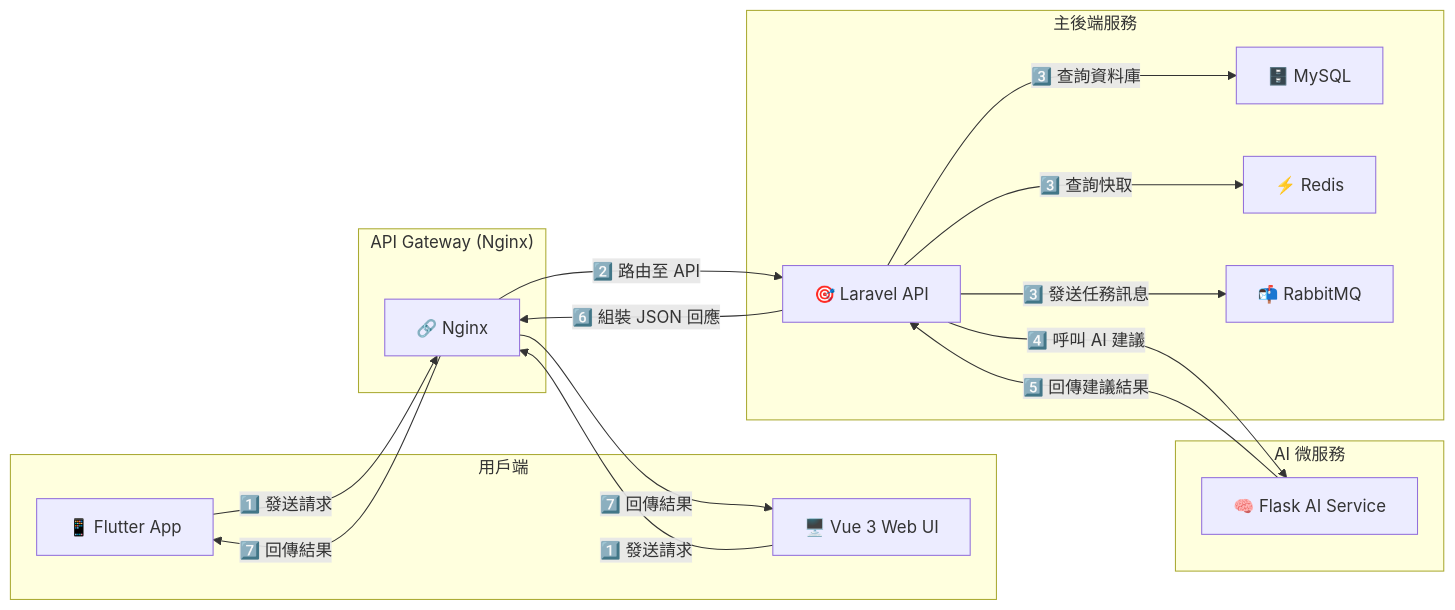
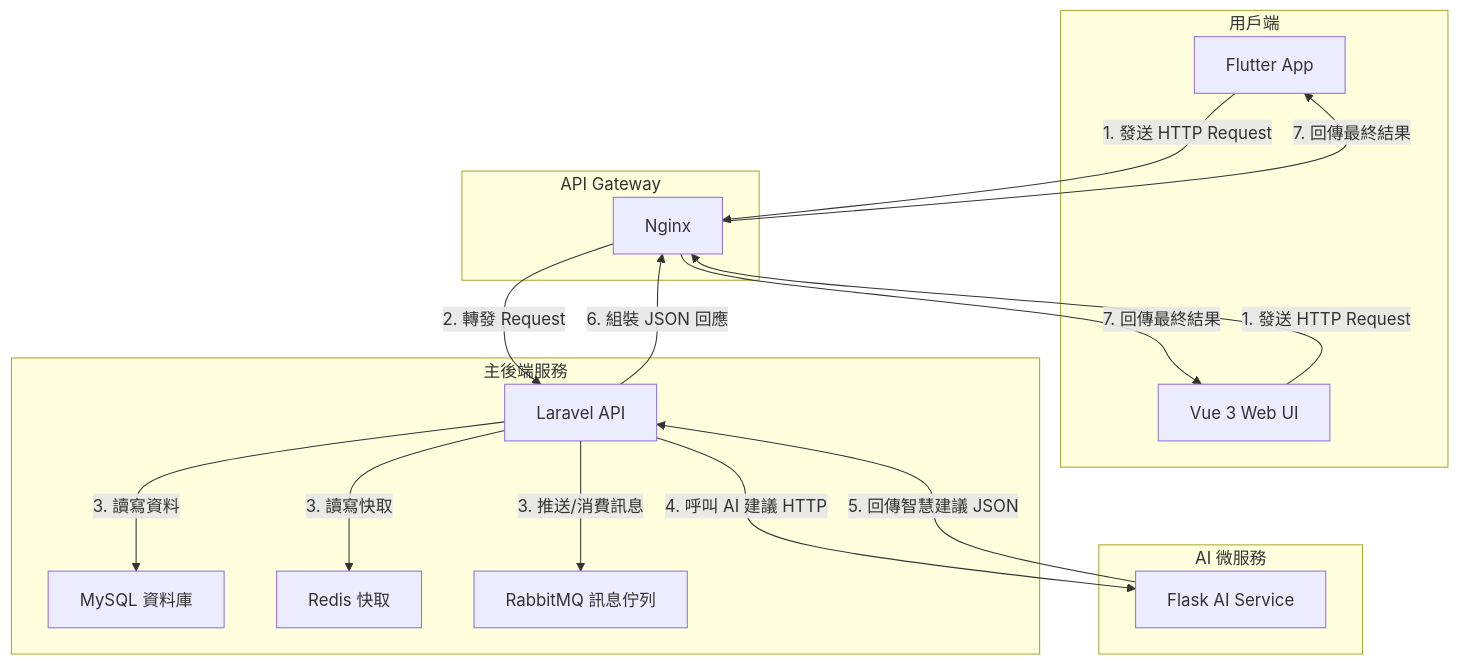
One commit to BpsEason/petcarehub changed the diagram in README.md. Above: the diagram before and after it, drawn with Mermaid.

````diff
--- a/README.md
+++ b/README.md
@@ -44,44 +44,43 @@
 ```mermaid
-flowchart LR
+flowchart TD
     %% 用戶端
     subgraph CLIENTS ["用戶端"]
-        A1["📱 Flutter App"]
-        A2["🖥️ Vue 3 Web UI"]
+        A1["Flutter App"]
+        A2["Vue 3 Web UI"]
     end
 
     %% API Gateway
-    subgraph GATEWAY ["API Gateway (Nginx)"]
-        B["🔗 Nginx"]
+    subgraph GATEWAY ["API Gateway"]
+        B["Nginx"]
     end
 
     %% 主後端服務
     subgraph BACKEND ["主後端服務"]
-        C["🎯 Laravel API"]
-        D["🗄️ MySQL"]
-        E["⚡ Redis"]
-        F["📬 RabbitMQ"]
+        C["Laravel API"]
+        D["MySQL 資料庫"]
+        E["Redis 快取"]
+        F["RabbitMQ 訊息佇列"]
     end
 
     %% AI 微服務
     subgraph AI_SERVICE ["AI 微服務"]
-        G["🧠 Flask AI Service"]
+        G["Flask AI Service"]
     end
 
     %% 資料流
-    A1 -->|1️⃣ 發送請求| B
-    A2 -->|1️⃣ 發送請求| B
-    B -->|2️⃣ 路由至 API| C
+    A1 -->|1. 發送 HTTP Request| B
+    A2 -->|1. 發送 HTTP Request| B
+    B -->|2. 轉發 Request| C
 
-    C -->|3️⃣ 查詢資料庫| D
-    C -->|3️⃣ 查詢快取| E
-    C -->|3️⃣ 發送任務訊息| F
+    C -->|3. 讀寫資料| D
+    C -->|3. 讀寫快取| E
+    C -->|3. 推送/消費訊息| F
 
-    C -->|4️⃣ 呼叫 AI 建議| G
-    G -->|5️⃣ 回傳建議結果| C
+    C -->|4. 呼叫 AI 建議 HTTP| G
+    G -->|5. 回傳智慧建議 JSON| C
 
-    C -->|6️⃣ 組裝 JSON 回應| B
-    B -->|7️⃣ 回傳結果| A1
-    B -->|7️⃣ 回傳結果| A2
-
+    C -->|6. 組裝 JSON 回應| B
+    B -->|7. 回傳最終結果| A1
+    B -->|7. 回傳最終結果| A2
 
 ```
````
